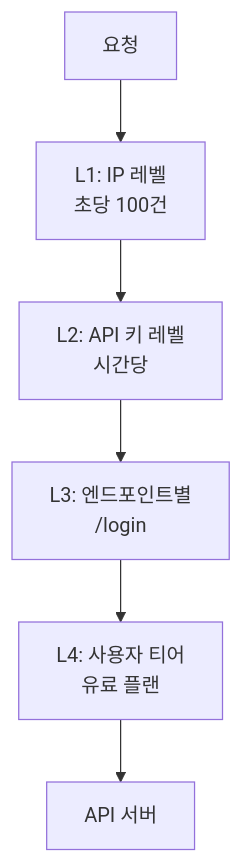
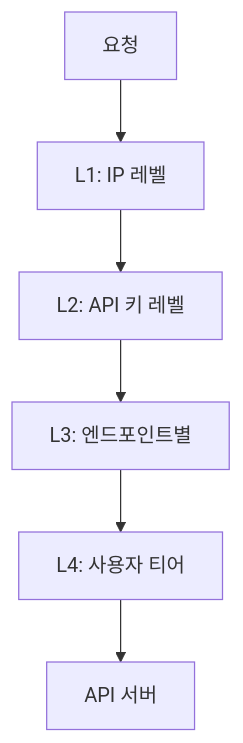
One commit to yjkim2015/yjkim2015.github.io changed the sixth of 7 diagrams in _posts/systemdesign/2026-05-02-system-design-rate-limiter.md. Above: the diagram before and after it, drawn with Mermaid. The commit also changed other lines of this file and 217 other files, not shown here.

First line of the commit message:
Mermaid 크기 수정: useMaxWidth:true + SVG max-width:100% + 라벨 축소

````diff
--- a/_posts/systemdesign/2026-05-02-system-design-rate-limiter.md
+++ b/_posts/systemdesign/2026-05-02-system-design-rate-limiter.md
@@ -210,8 +210,8 @@
 ```mermaid
 graph TD
-    Req["요청"] --> L1["L1: IP 레벨\n초당 100건"]
-    L1 --> L2["L2: API 키 레벨\n시간당"]
-    L2 --> L3["L3: 엔드포인트별\n/login"]
-    L3 --> L4["L4: 사용자 티어\n유료 플랜"]
+    Req["요청"] --> L1["L1: IP 레벨"]
+    L1 --> L2["L2: API 키 레벨"]
+    L2 --> L3["L3: 엔드포인트별"]
+    L3 --> L4["L4: 사용자 티어"]
     L4 --> API["API 서버"]
 ```
````
